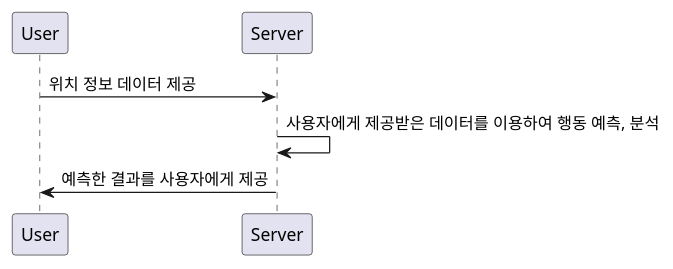
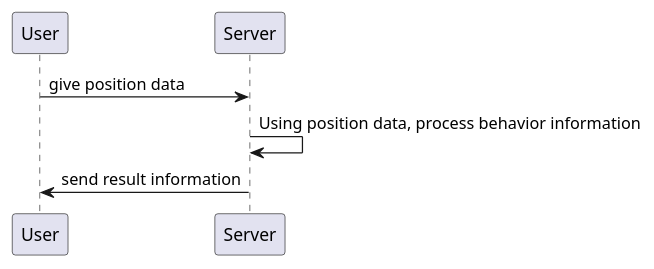
One commit to BaekKM/mastering-git-web changed the diagram in README.md. Above: the diagram before and after it, drawn with PlantUML.

````diff
--- a/README.md
+++ b/README.md
@@ -18,7 +18,7 @@
 ```plantuml
 @startuml
-	User -> Server: 위치 정보 데이터 제공
-	Server -> Server: 사용자에게 제공받은 데이터를 이용하여 행동 예측, 분석 
-	Server -> User: 예측한 결과를 사용자에게 제공 
+	User -> Server: give position data
+	Server -> Server: Using position data, process behavior information
+	Server -> User: send result information
 @enduml
 ```
````
